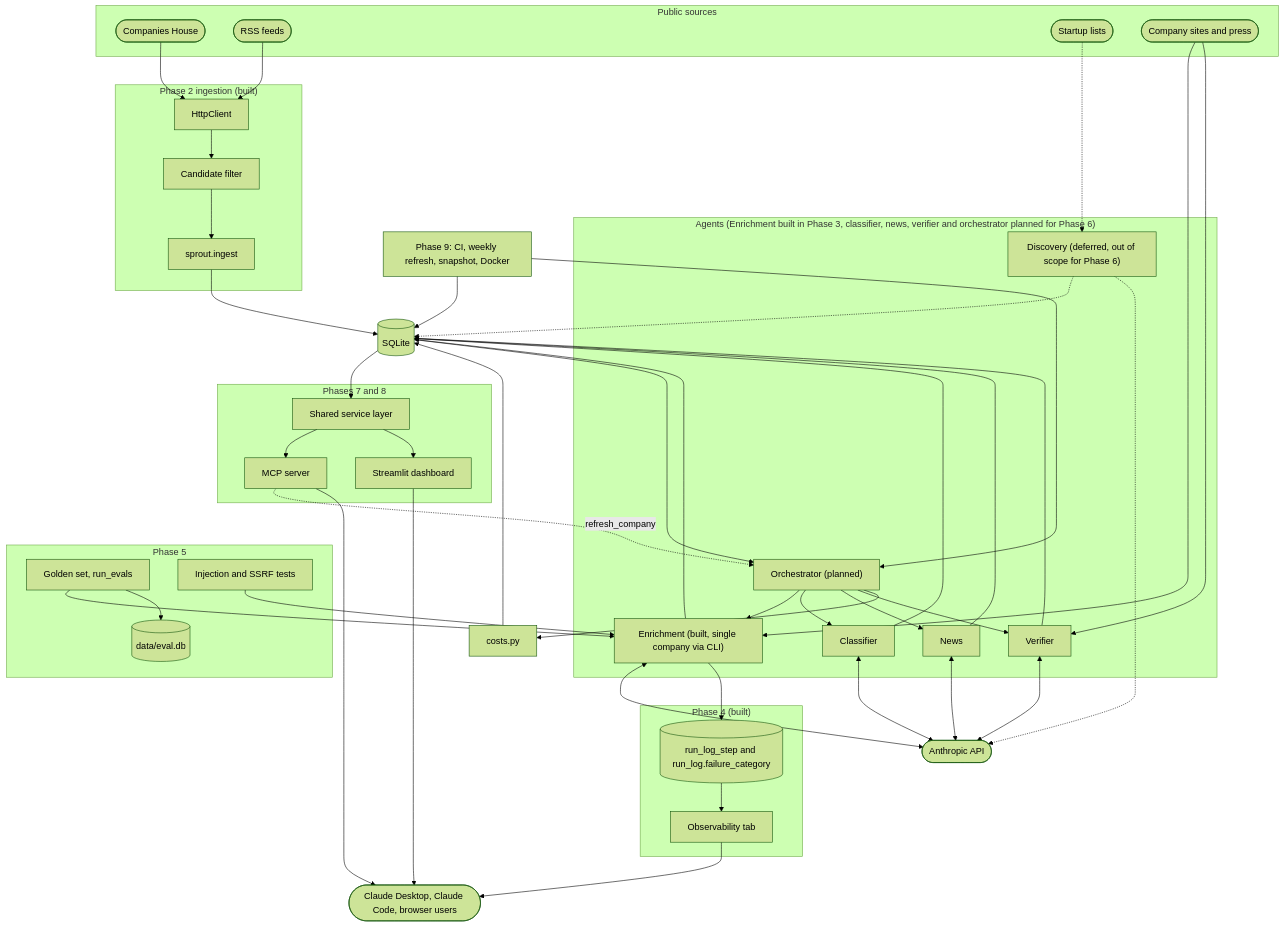
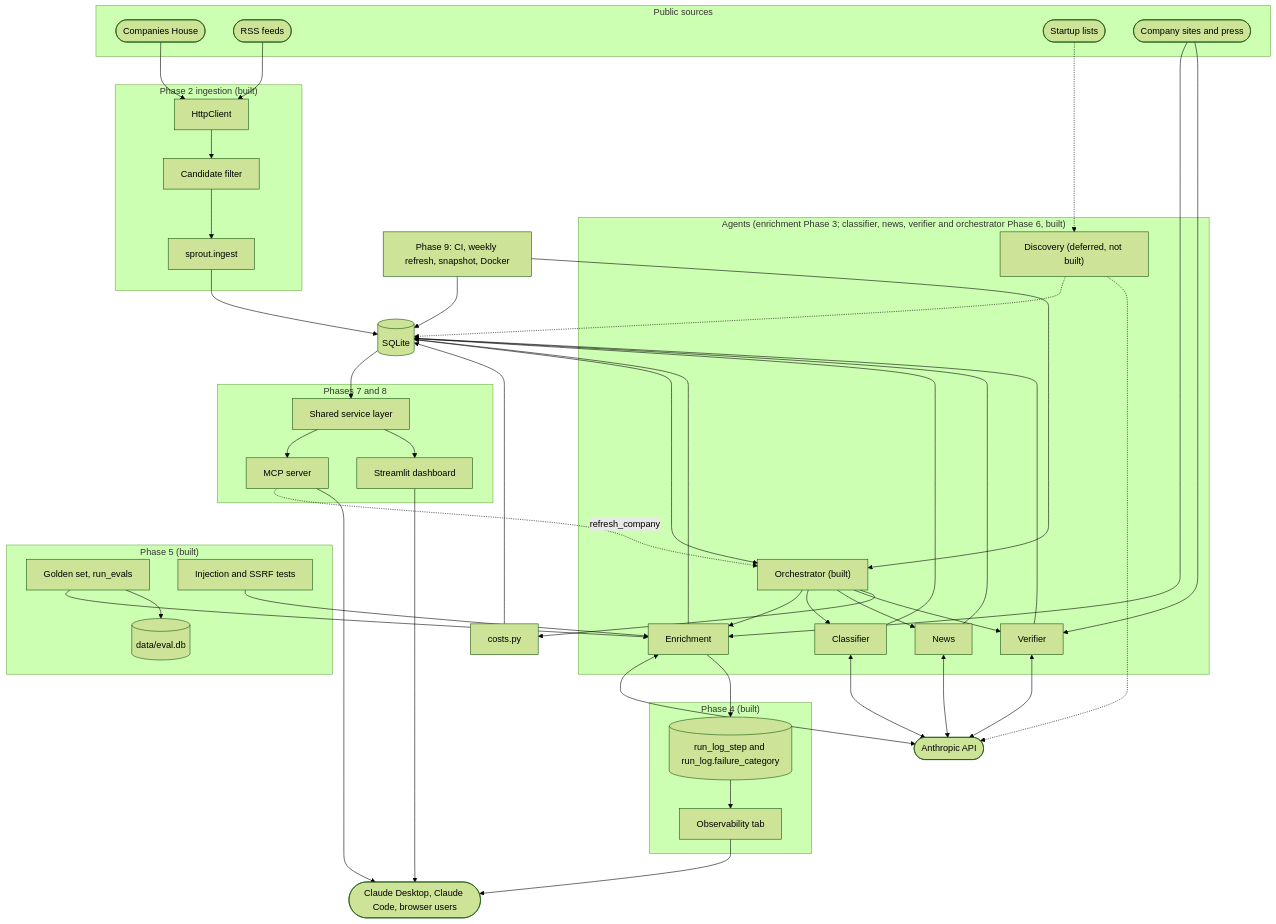
One commit to Farzaanee/sprout changed the second of 2 diagrams in docs/architecture/1. overview.md. Above: the diagram before and after it, drawn with Mermaid (forest theme). The commit also changed other lines of this file and 13 other files, not shown here.

Commit message:
sync architecture docs after phase 6 build

````diff
--- a/docs/architecture/1. overview.md
+++ b/docs/architecture/1. overview.md
@@ -93,80 +94,80 @@
 ```mermaid
 flowchart TB
     subgraph SOURCES["Public sources"]
         CH(["Companies House"])
         RSSF(["RSS feeds"])
         LISTS(["Startup lists"])
         SITES(["Company sites and press"])
     end
     subgraph ING["Phase 2 ingestion (built)"]
         HTTPL["HttpClient"]
         CAND["Candidate filter"]
         INGEST["sprout.ingest"]
     end
     SQL[("SQLite")]
-    subgraph PIPE["Agents (Enrichment built in Phase 3, classifier, news, verifier and orchestrator planned for Phase 6)"]
-        ORCH["Orchestrator (planned)"]
-        ENR["Enrichment (built, single company via CLI)"]
+    subgraph PIPE["Agents (enrichment Phase 3; classifier, news, verifier and orchestrator Phase 6, built)"]
+        ORCH["Orchestrator (built)"]
+        ENR["Enrichment"]
         CLS["Classifier"]
         NEWS["News"]
         VER["Verifier"]
-        DISC["Discovery (deferred, out of scope for Phase 6)"]
+        DISC["Discovery (deferred, not built)"]
     end
     LLM(["Anthropic API"])
     COST["costs.py"]
     subgraph SERVE["Phases 7 and 8"]
         SVC["Shared service layer"]
         MCP["MCP server"]
         DASH["Streamlit dashboard"]
     end
-    subgraph QA["Phase 5"]
+    subgraph QA["Phase 5 (built)"]
         EVALS["Golden set, run_evals"]
         EDB[("data/eval.db")]
         GUARDS["Injection and SSRF tests"]
     end
     subgraph OBSG["Phase 4 (built)"]
         STEPS[("run_log_step and run_log.failure_category")]
         OBSUI["Observability tab"]
     end
     CLIENTS(["Claude Desktop, Claude Code, browser users"])
     AUTO["Phase 9: CI, weekly refresh, snapshot, Docker"]
     CH --> HTTPL
     RSSF --> HTTPL
     HTTPL --> CAND
     CAND --> INGEST
     INGEST --> SQL
     SQL --> ORCH
     ORCH --> ENR
     ORCH --> CLS
     ORCH --> NEWS
     ORCH --> VER
     DISC -.-> SQL
     LISTS -.-> DISC
     SITES --> ENR
     SITES --> VER
     ENR <--> LLM
     CLS <--> LLM
     NEWS <--> LLM
     VER <--> LLM
     DISC -.-> LLM
     ENR --> SQL
     CLS --> SQL
     NEWS --> SQL
     VER --> SQL
     ORCH --> COST
     COST --> SQL
     SQL --> SVC
     SVC --> MCP
     SVC --> DASH
     MCP -. "refresh_company" .-> ORCH
     MCP --> CLIENTS
     DASH --> CLIENTS
     ENR --> STEPS
     STEPS --> OBSUI
     OBSUI --> CLIENTS
     EVALS --> ENR
     EVALS --> EDB
     GUARDS --> ENR
     AUTO --> ORCH
     AUTO --> SQL
 ```
````
